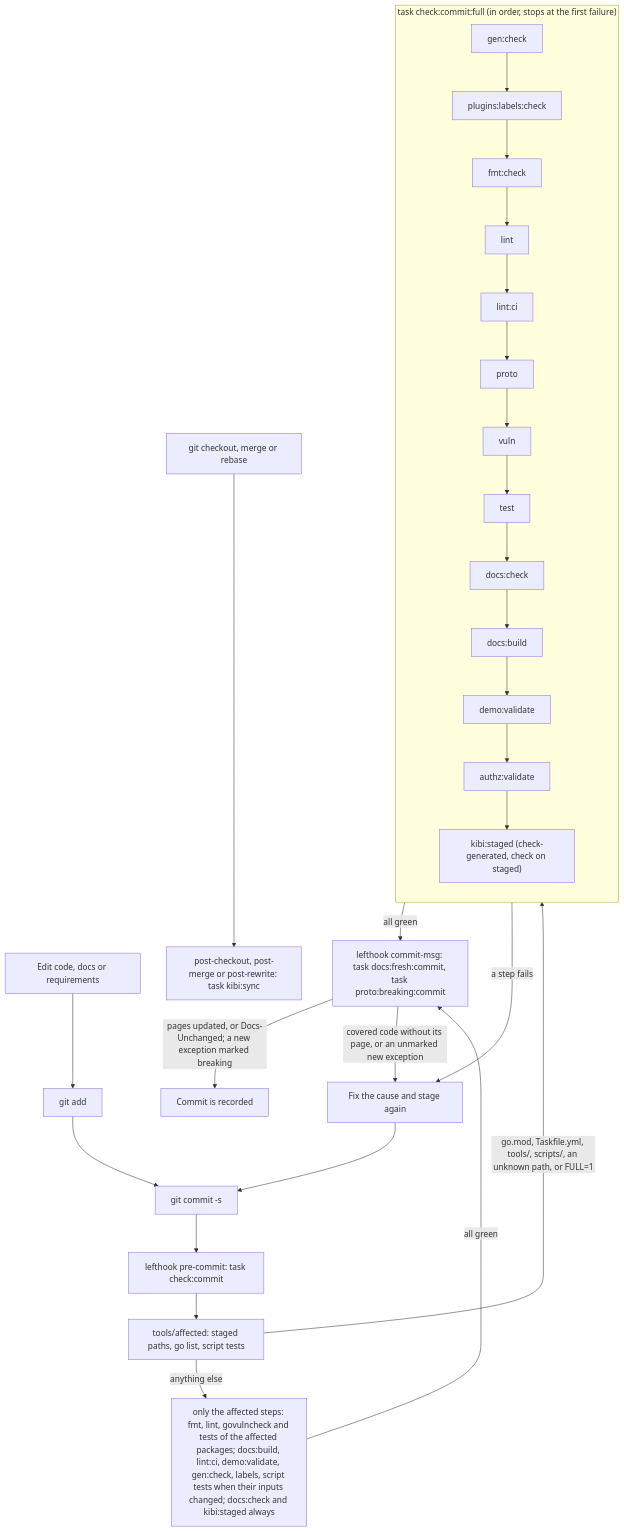
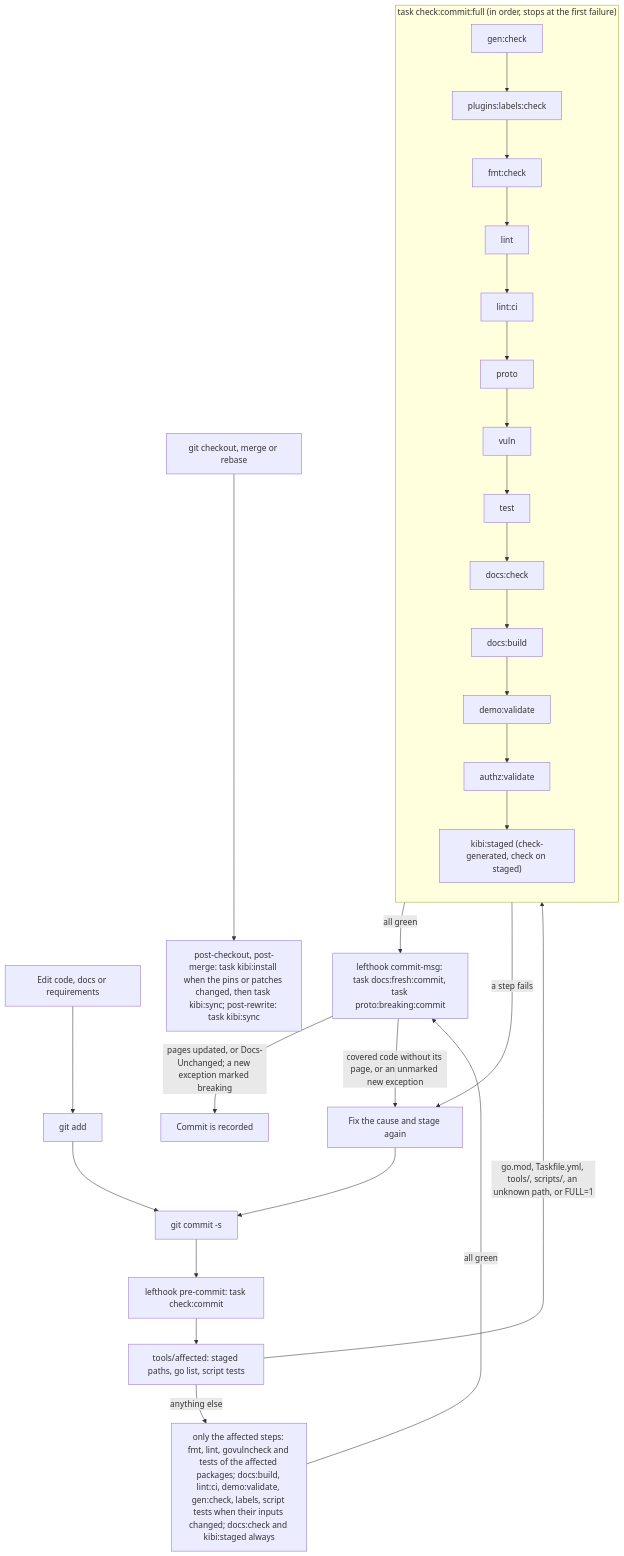
The second of 5 diagrams in docs/dev/pipeline.md (arkadiuss/openfief), drawn with Mermaid before and after one commit. The commit also changed other lines of this file and 22 other files, not shown here.

First line of the commit message:
fix: kibi:install reinstalls when kibi's pins or patches change

````diff
--- a/docs/dev/pipeline.md
+++ b/docs/dev/pipeline.md
@@ -181,21 +183,21 @@
 ```mermaid
 flowchart TD
   edit["Edit code, docs or requirements"] --> add["git add"]
   add --> commit["git commit -s"]
   commit --> hook["lefthook pre-commit: task check:commit"]
   hook --> sel["tools/affected: staged paths, go list, script tests"]
   sel -->|"go.mod, Taskfile.yml, tools/, scripts/, an unknown path, or FULL=1"| cc
   sel -->|"anything else"| part["only the affected steps: fmt, lint, govulncheck and tests of the affected packages; docs:build, lint:ci, demo:validate, gen:check, labels, script tests when their inputs changed; docs:check and kibi:staged always"]
   subgraph cc["task check:commit:full (in order, stops at the first failure)"]
     direction TB
     gen["gen:check"] --> labels["plugins:labels:check"] --> fmt["fmt:check"] --> lint["lint"] --> lintci["lint:ci"] --> proto["proto"]
     proto --> vuln["vuln"] --> test["test"] --> docs["docs:check"] --> site["docs:build"] --> dv["demo:validate"] --> az["authz:validate"] --> kibi["kibi:staged (check-generated, check on staged)"]
   end
   part -->|"all green"| msg
   cc -->|"all green"| msg["lefthook commit-msg: task docs:fresh:commit, task proto:breaking:commit"]
   msg -->|"pages updated, or Docs-Unchanged; a new exception marked breaking"| done["Commit is recorded"]
   msg -->|"covered code without its page, or an unmarked new exception"| fix
   cc -->|"a step fails"| fix["Fix the cause and stage again"]
   fix --> commit
-  switch["git checkout, merge or rebase"] --> sync["post-checkout, post-merge or post-rewrite: task kibi:sync"]
+  switch["git checkout, merge or rebase"] --> sync["post-checkout, post-merge: task kibi:install when the pins or patches changed, then task kibi:sync; post-rewrite: task kibi:sync"]
 ```
````
